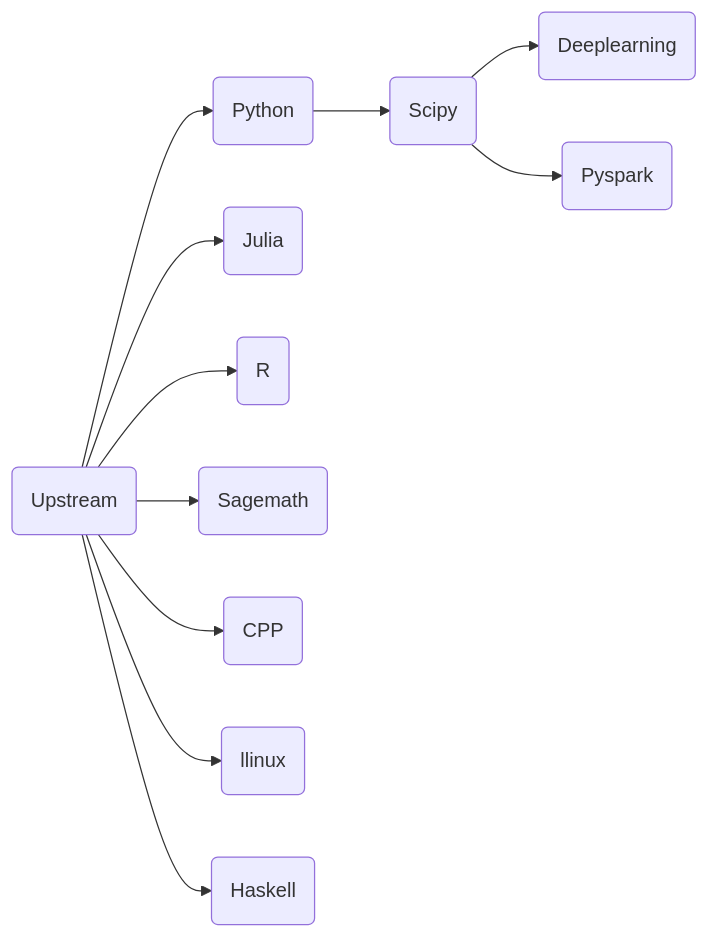
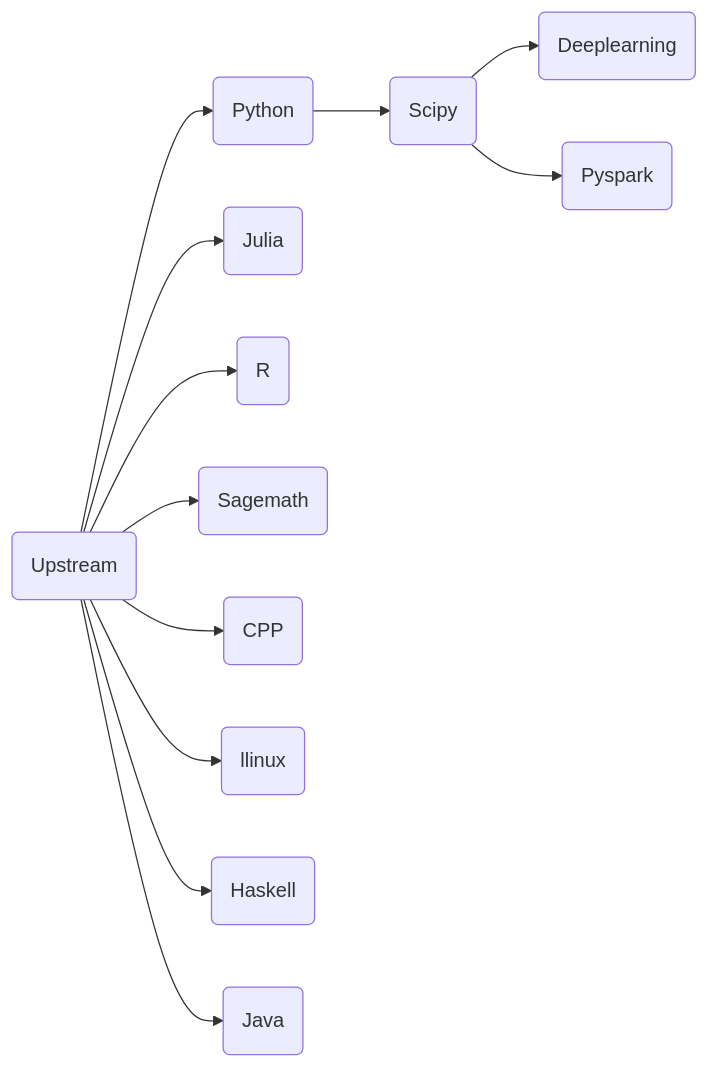
One commit to ben0i0d/jupyter-image-stacks changed the diagram in README.md. Above: the diagram before and after it, drawn with Mermaid. The commit also changed other lines of this file and 2 other files, not shown here.

````diff
--- a/README.md
+++ b/README.md
@@ -72,12 +74,13 @@
 ```mermaid
 graph LR
 A(Upstream)-->B(Python)-->C(Scipy)
 A-->F(Julia)
 A-->G(R)
 A-->H(Sagemath)
 A-->I(CPP)
 A-->J(llinux)
 A-->K(Haskell)
+A-->L(Java)
 C(Scipy)-->D(Deeplearning)  
 C(Scipy)-->E(Pyspark)  
 ```  
````
